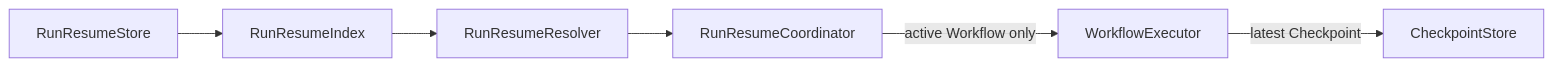
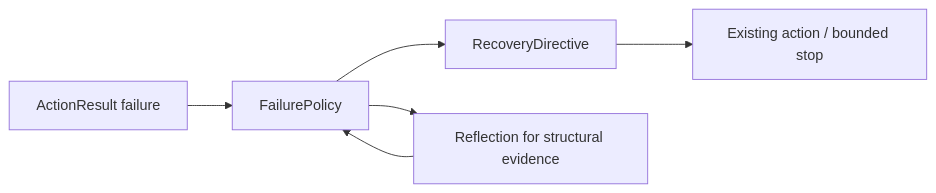
Before and after one commit to TSXG-25/TSAgent: the third of 3 diagrams in docs/architecture.md, drawn with Mermaid. The commit also changed other lines of this file and 16 other files, not shown here.

````diff
--- a/docs/architecture.md
+++ b/docs/architecture.md
@@ -239,8 +76,8 @@
 ```mermaid
 flowchart LR
-    S[RunResumeStore] --> I[RunResumeIndex]
-    I --> R[RunResumeResolver]
-    R --> C[RunResumeCoordinator]
-    C -->|active Workflow only| W[WorkflowExecutor]
-    W -->|latest Checkpoint| S2[CheckpointStore]
+    X[ActionResult failure] --> FP[FailurePolicy]
+    FP --> D[RecoveryDirective]
+    D --> EXISTING[Existing action / bounded stop]
+    FP --> RF[Reflection for structural evidence]
+    RF --> FP
 ```
````
